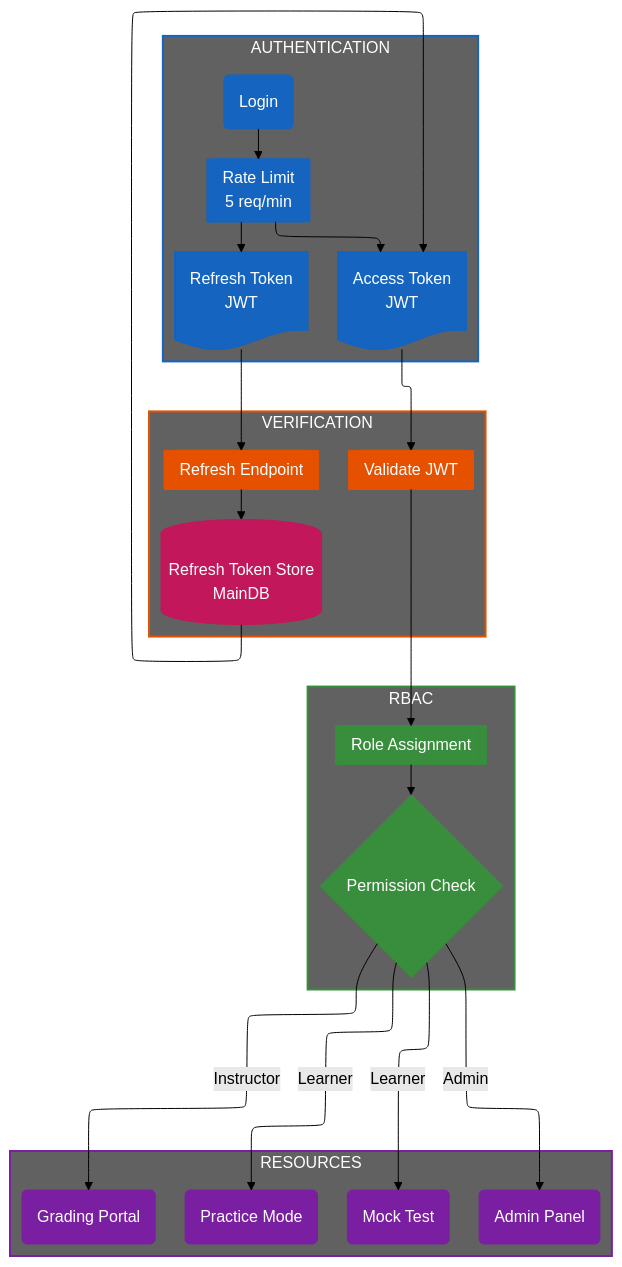
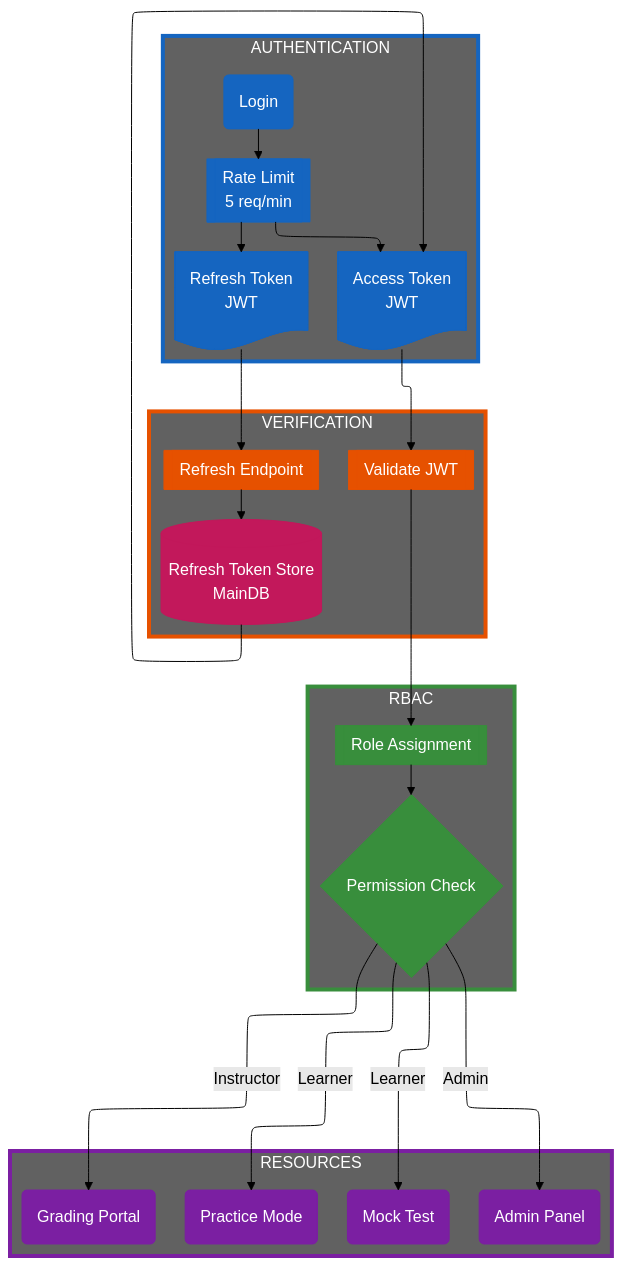
One commit to nghyane/VSTEP changed diagram 11 of 12 in docs/capstone/diagrams/flow-diagrams.vi.md. Above: the diagram before and after it, drawn with Mermaid (forest theme). The commit also changed other lines of this file, not shown here.

First line of the commit message:
fix(docs): increase box stroke width to 4px for better visibility

````diff
--- a/docs/capstone/diagrams/flow-diagrams.vi.md
+++ b/docs/capstone/diagrams/flow-diagrams.vi.md
@@ -754,65 +754,65 @@
 ```mermaid
 ---
 config:
   layout: elk
 ---
 flowchart TB
     subgraph Auth["AUTHENTICATION"]
         Login@{ shape: rounded, label: "Login" }
         Rate@{ shape: fr-rect, label: "Rate Limit\n5 req/min" }
         Access@{ shape: doc, label: "Access Token\nJWT" }
         Refresh@{ shape: doc, label: "Refresh Token\nJWT" }
     end
 
     subgraph Verify["VERIFICATION"]
         Validate@{ shape: fr-rect, label: "Validate JWT" }
         RefreshEp@{ shape: fr-rect, label: "Refresh Endpoint" }
         Store@{ shape: cyl, label: "Refresh Token Store\nMainDB" }
     end
 
     subgraph RBAC["RBAC"]
         Roles@{ shape: fr-rect, label: "Role Assignment" }
         Check@{ shape: diam, label: "Permission Check" }
     end
 
     subgraph Resources["RESOURCES"]
         direction LR
         Practice@{ shape: rounded, label: "Practice Mode" }
         Mock@{ shape: rounded, label: "Mock Test" }
         Grading@{ shape: rounded, label: "Grading Portal" }
         Admin@{ shape: rounded, label: "Admin Panel" }
     end
 
     Login --> Rate --> Access & Refresh
     Access --> Validate
     Refresh --> RefreshEp --> Store --> Access
     
     Validate --> Roles --> Check
     Check -->|"Learner"| Practice & Mock
     Check -->|"Instructor"| Grading
     Check -->|"Admin"| Admin
 
     %% Nodes
     classDef auth fill:#1565c0,stroke:#1565c0,color:#fff
     classDef verify fill:#e65100,stroke:#e65100,color:#fff
     classDef rbac fill:#388e3c,stroke:#388e3c,color:#fff
     classDef resources fill:#7b1fa2,stroke:#7b1fa2,color:#fff
     classDef data fill:#c2185b,stroke:#c2185b,color:#fff
 
     %% Boxes
-    classDef authBox fill:#616161,stroke:#1565c0,stroke-width:2px,color:#fff
-    classDef verifyBox fill:#616161,stroke:#e65100,stroke-width:2px,color:#fff
-    classDef rbacBox fill:#616161,stroke:#388e3c,stroke-width:2px,color:#fff
-    classDef resourcesBox fill:#616161,stroke:#7b1fa2,stroke-width:2px,color:#fff
+    classDef authBox fill:#616161,stroke:#1565c0,stroke-width:4px,color:#fff
+    classDef verifyBox fill:#616161,stroke:#e65100,stroke-width:4px,color:#fff
+    classDef rbacBox fill:#616161,stroke:#388e3c,stroke-width:4px,color:#fff
+    classDef resourcesBox fill:#616161,stroke:#7b1fa2,stroke-width:4px,color:#fff
 
     class Auth authBox
     class Verify verifyBox
     class RBAC rbacBox
     class Resources resourcesBox
 
     class Login,Rate,Access,Refresh auth
     class Validate,RefreshEp verify
     class Roles,Check rbac
     class Practice,Mock,Grading,Admin resources
     class Store data
 ```
````
